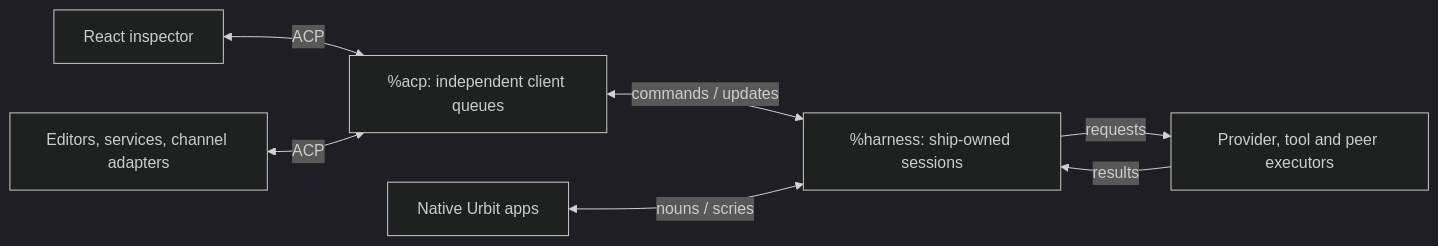
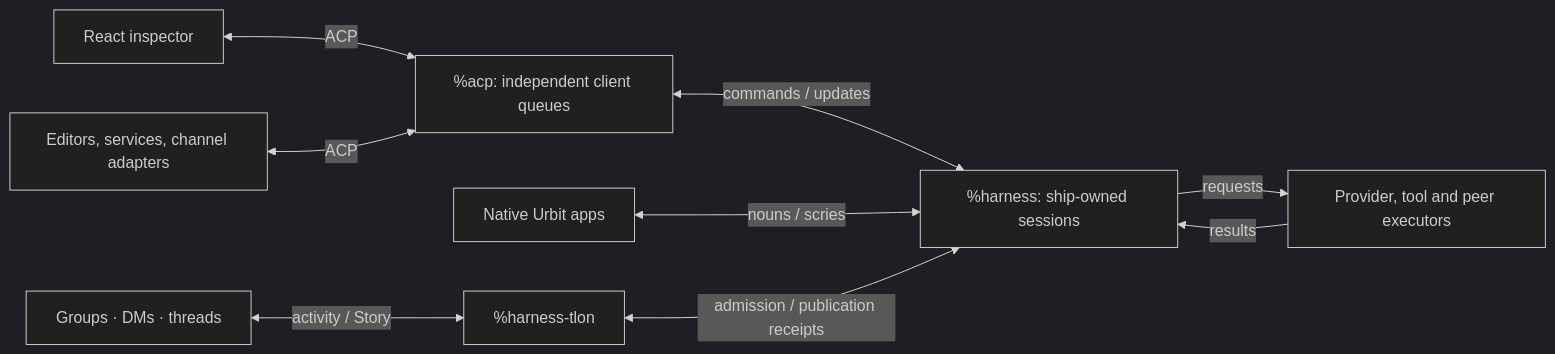
Before and after one commit to mopfel-winrux/urbit-agent-harness: the first of 2 diagrams in README.md, drawn with Mermaid (dark theme). The commit also changed other lines of this file and 42 other files, not shown here.

````diff
--- a/README.md
+++ b/README.md
@@ -16,9 +16,11 @@
 ```mermaid
 flowchart LR
   UI["React inspector"] <-->|ACP| ACP["%acp: independent client queues"]
   Clients["Editors, services, channel adapters"] <-->|ACP| ACP
   ACP <-->|"commands / updates"| Head["%harness: ship-owned sessions"]
   Native["Native Urbit apps"] <-->|"nouns / scries"| Head
+  Tlon["Groups · DMs · threads"] <-->|"activity / Story"| Hand["%harness-tlon"]
+  Hand <-->|"admission / publication receipts"| Head
   Head -->|requests| Effects["Provider, tool and peer executors"]
   Effects -->|results| Head
 ```
````
